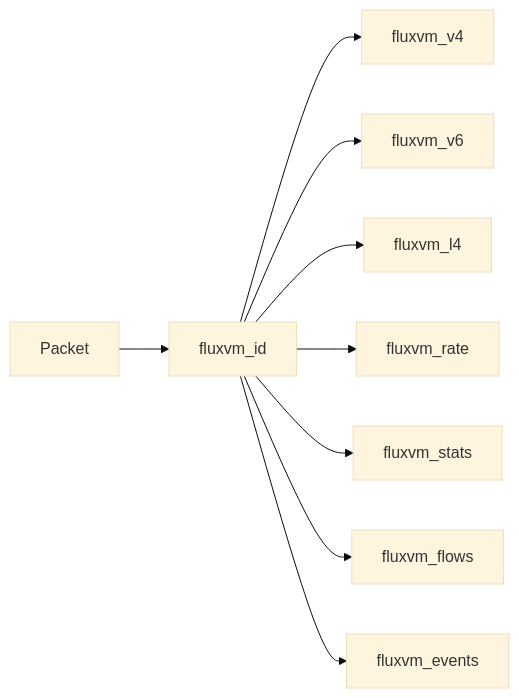
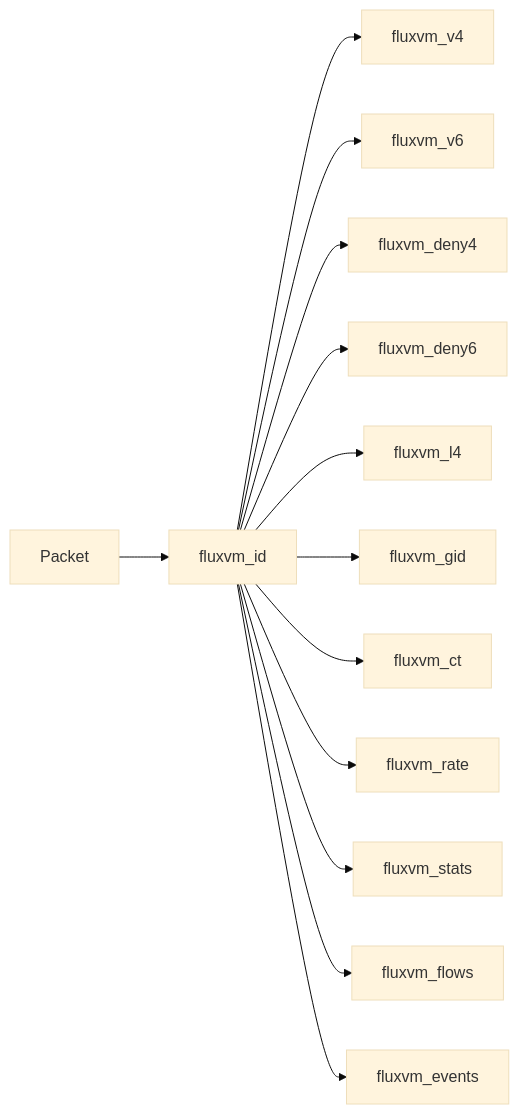
One commit to zyvorai/fluxvm changed the diagram in bpf/README.md. Above: the diagram before and after it, drawn with Mermaid (base theme). The commit also changed other lines of this file and 33 other files, not shown here.

````diff
--- a/bpf/README.md
+++ b/bpf/README.md
@@ -13,11 +14,15 @@
 ```mermaid
 flowchart LR
   Pkt[Packet] --> Id[fluxvm_id]
   Id --> V4[fluxvm_v4]
   Id --> V6[fluxvm_v6]
+  Id --> Deny4[fluxvm_deny4]
+  Id --> Deny6[fluxvm_deny6]
   Id --> L4[fluxvm_l4]
+  Id --> Gid[fluxvm_gid]
+  Id --> Ct[fluxvm_ct]
   Id --> Rate[fluxvm_rate]
   Id --> Stats[fluxvm_stats]
   Id --> Flows[fluxvm_flows]
   Id --> Ev[fluxvm_events]
 ```
````
